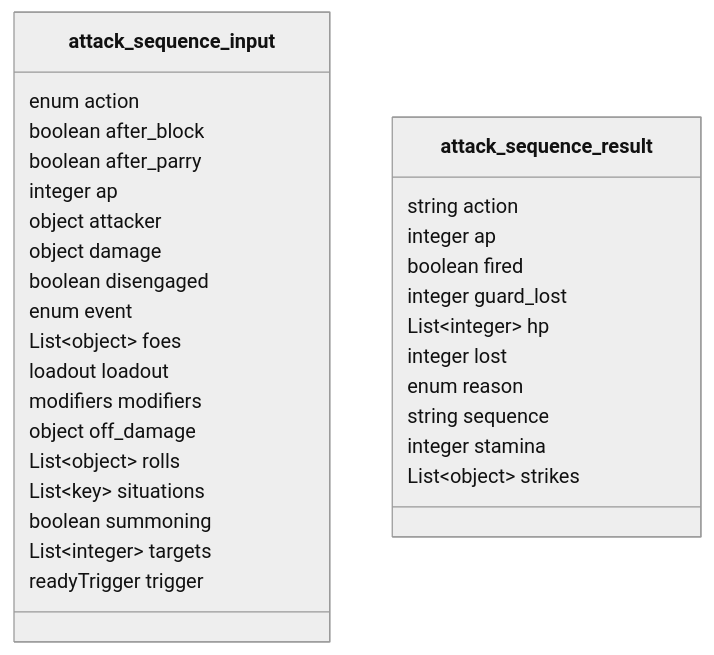
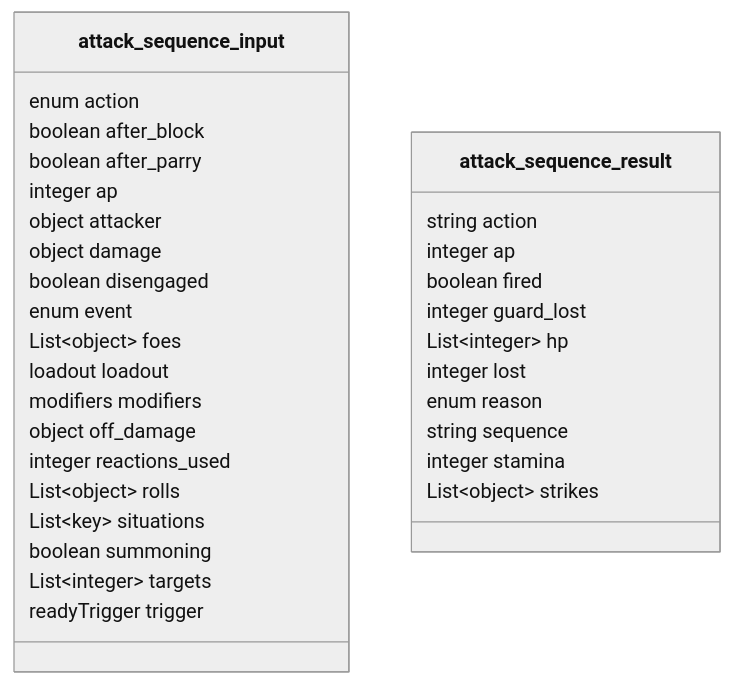
The fourth of 29 diagrams in docs/backend/contract-diagram.md (SETA1609/riftweave-core), drawn with Mermaid (neutral theme) before and after one commit. The commit also changed 3 other files, not shown here.

Commit message:
GD_S19_04 Schema: reactions_per_round, reactions_used, and no_reaction_left

````diff
--- a/docs/backend/contract-diagram.md
+++ b/docs/backend/contract-diagram.md
@@ -186,34 +186,35 @@
 ```mermaid
 classDiagram
     class attack_sequence_input {
         enum action
         boolean after_block
         boolean after_parry
         integer ap
         object attacker
         object damage
         boolean disengaged
         enum event
         List~object~ foes
         loadout loadout
         modifiers modifiers
         object off_damage
+        integer reactions_used
         List~object~ rolls
         List~key~ situations
         boolean summoning
         List~integer~ targets
         readyTrigger trigger
     }
     class attack_sequence_result {
         string action
         integer ap
         boolean fired
         integer guard_lost
         List~integer~ hp
         integer lost
         enum reason
         string sequence
         integer stamina
         List~object~ strikes
     }
 ```
````
